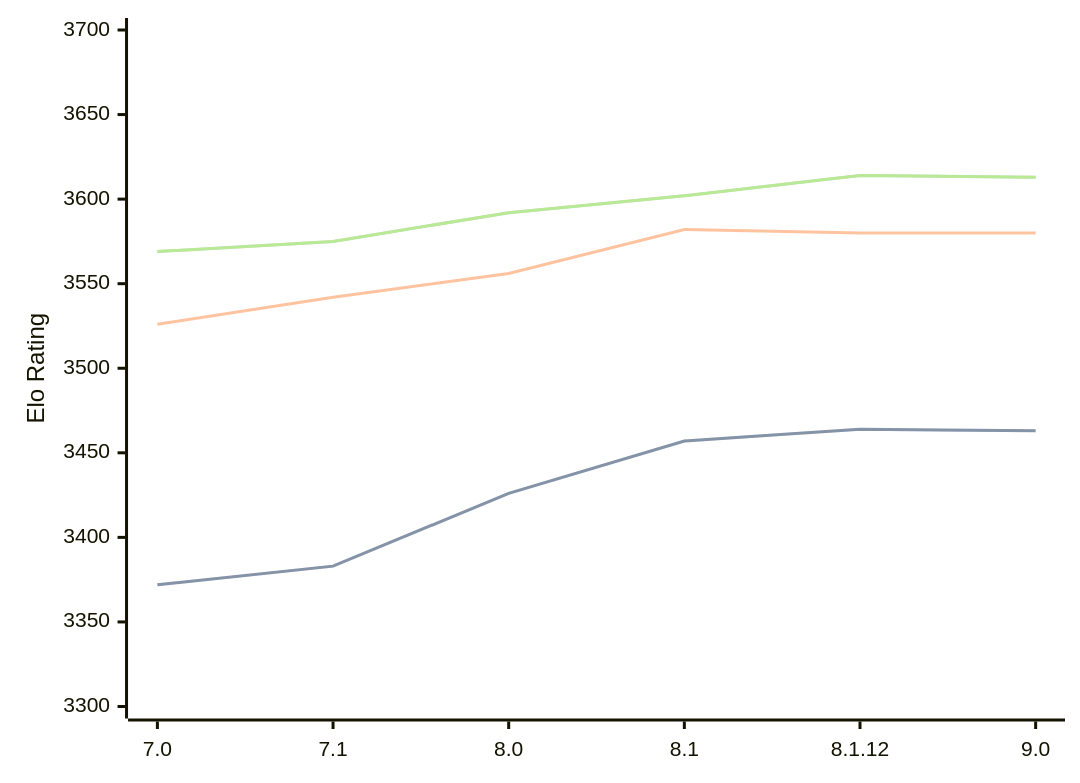
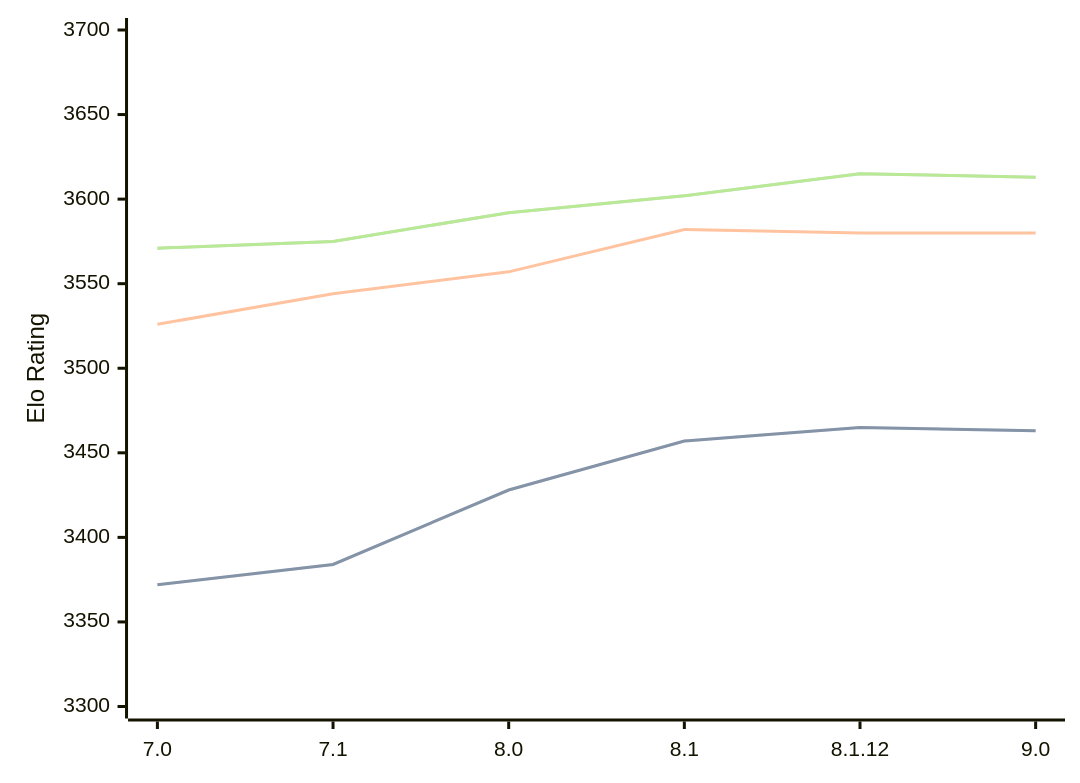
Before and after one commit to computer-chess-index/cci: the diagram in engines/Alexandria.md, drawn with Mermaid. The commit also changed other lines of this file, not shown here.

Commit message:
Update CCI Ratings (ELO VLTC) - 2026-04-22

````diff
--- a/engines/Alexandria.md
+++ b/engines/Alexandria.md
@@ -55,11 +55,11 @@
 ```mermaid
 %%{init: {"theme":"base","themeVariables":{"seriesColors:['#a3a3a3','#222221','#faa371']}}}%%
 xychart-beta
   x-axis ["7.0", "7.1", "8.0", "8.1", "8.1.12", "9.0"]
   y-axis "Elo Rating" 3300 --> 3700
-  line "STC (8.0+0.08s)" [3372, 3383, 3426, 3457, 3464, 3463]
-  line "STC (8.0+0.08s)" [3372, 3383, 3426, 3457, 3464, 3463]
-  line "LTC (60.0+0.60s)" [3526, 3542, 3556, 3582, 3580, 3580]
-  line "VLTC (2m24s+1.12s)" [3569, 3575, 3592, 3602, 3614, 3613]
-  line "VLTC (2m24s+1.12s)" [3569, 3575, 3592, 3602, 3614, 3613]
+  line "STC (8.0+0.08s)" [3372, 3384, 3428, 3457, 3465, 3463]
+  line "STC (8.0+0.08s)" [3372, 3384, 3428, 3457, 3465, 3463]
+  line "LTC (60.0+0.60s)" [3526, 3544, 3557, 3582, 3580, 3580]
+  line "VLTC (2m24s+1.12s)" [3571, 3575, 3592, 3602, 3615, 3613]
+  line "VLTC (2m24s+1.12s)" [3571, 3575, 3592, 3602, 3615, 3613]
 ```
````
